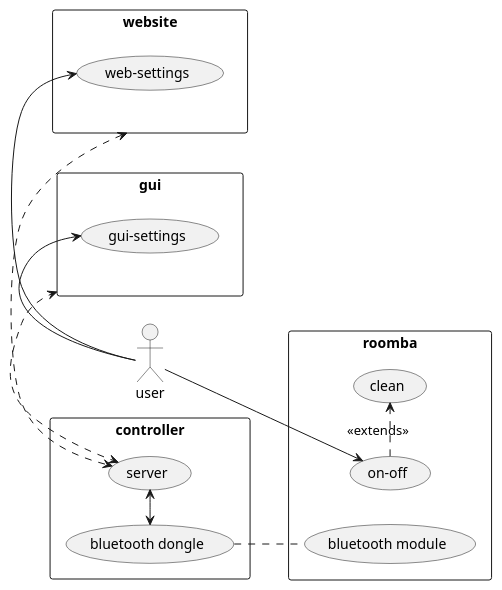
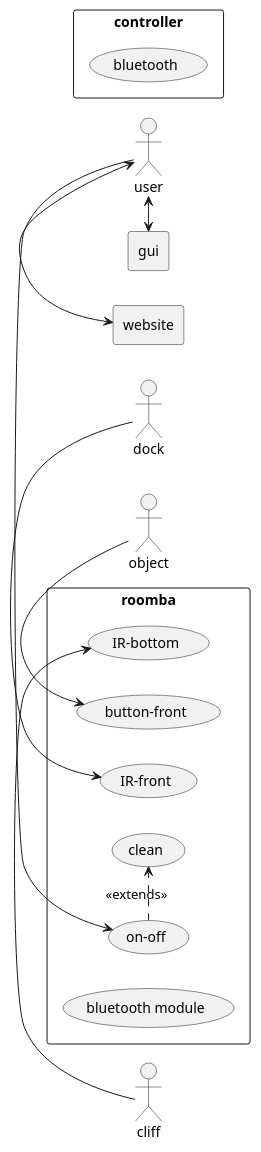
The diagram in UML/use-case.puml (VvWijhe/Cleanify), drawn with PlantUML before and after one commit. The commit also changed 10 other files, not shown here.

```diff
--- a/UML/use-case.puml
+++ b/UML/use-case.puml
@@ -1,27 +1,35 @@
 @startuml
 left to right direction
 skinparam packageStyle rectangle
 
 actor user
+actor object
+actor cliff
+actor dock
 
 rectangle gui {
-  user -> (gui-settings)
 }
 
 rectangle website {
-  user -> (web-settings)
 }
 
 rectangle controller {
-  (bluetooth dongle) <-> (server)
+   (bluetooth)
 }
 
 rectangle roomba {
-   (bluetooth dongle) ..(bluetooth module)
+   (IR-bottom)
+   (IR-front)
+   (button-front)
+   cliff -> (IR-bottom)
+   object -> (button-front)
+   dock -> (IR-front)
+   (bluetooth module)
    user -> (on-off)
    (on-off) .> (clean) : <<extends>>
 }
 
-gui <.> server
-website <.> server
+user <-> website
+user <-> gui
+
 @enduml
```
